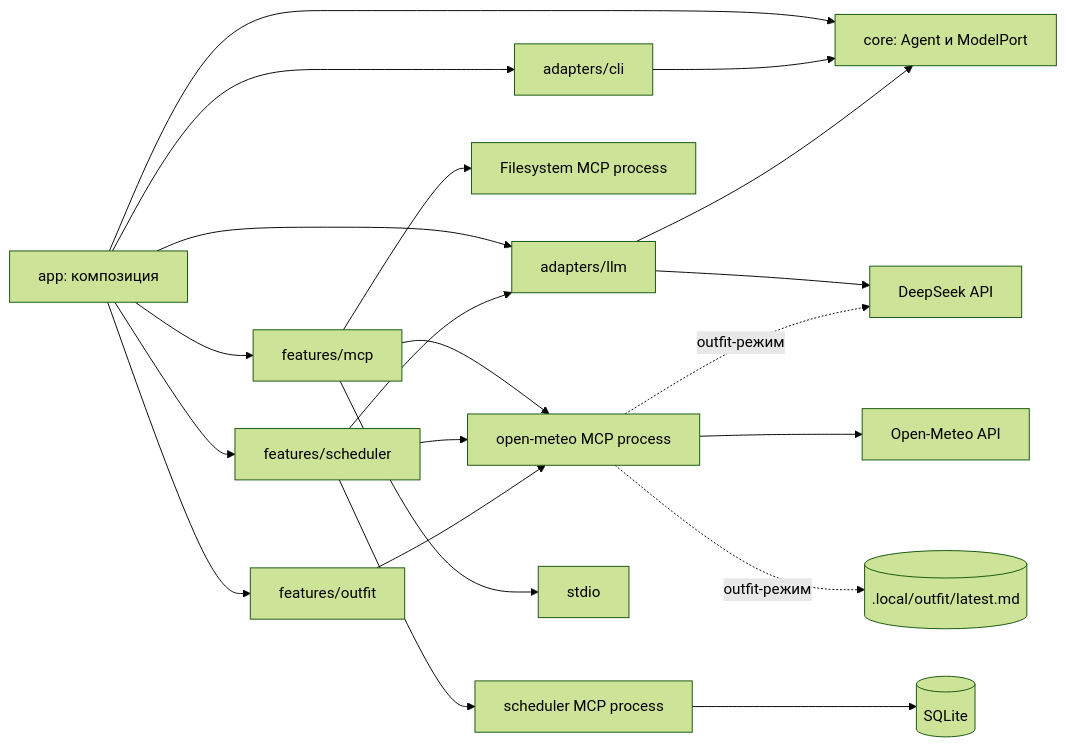
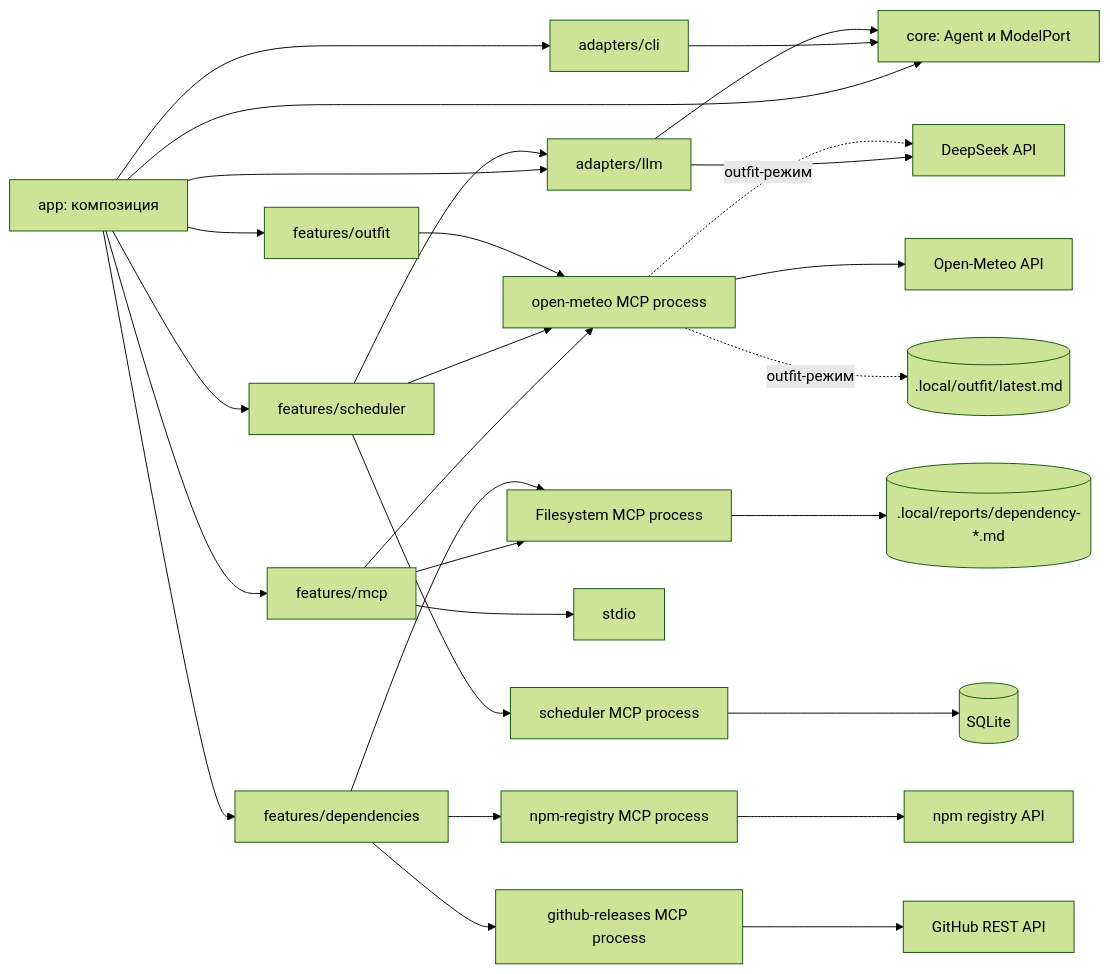
Before and after one commit to maxonmars/mcp-lab: the diagram in ARCHITECTURE.md, drawn with Mermaid (forest theme). The commit also changed other lines of this file and 97 other files, not shown here.

First line of the commit message:
Add orchestration agent loop with npm-registry and github-releases MCP servers

````diff
--- a/ARCHITECTURE.md
+++ b/ARCHITECTURE.md
@@ -11,23 +12,30 @@
 ```mermaid
 flowchart LR
     App[app: композиция] --> Core[core: Agent и ModelPort]
     App --> CLI[adapters/cli]
     App --> LLM[adapters/llm]
     App --> MCP[features/mcp]
     App --> Sched[features/scheduler]
     App --> Outfit[features/outfit]
+    App --> Deps[features/dependencies]
     CLI --> Core
     LLM --> Core
     LLM --> DeepSeek[DeepSeek API]
     MCP --> Filesystem[Filesystem MCP process]
     MCP --> Weather[open-meteo MCP process]
     Sched --> Weather
     Sched --> SchedServer[scheduler MCP process]
     SchedServer --> SQLite[(SQLite)]
     Sched --> LLM
     MCP --> Stdio[stdio]
     Weather --> OpenMeteo[Open-Meteo API]
     Outfit --> Weather
     Weather -.outfit-режим.-> DeepSeek
     Weather -.outfit-режим.-> LatestMd[(.local/outfit/latest.md)]
+    Deps --> Filesystem
+    Deps --> Npm[npm-registry MCP process]
+    Deps --> Github[github-releases MCP process]
+    Npm --> NpmApi[npm registry API]
+    Github --> GithubApi[GitHub REST API]
+    Filesystem --> DependencyMd[(.local/reports/dependency-*.md)]
 ```
````
